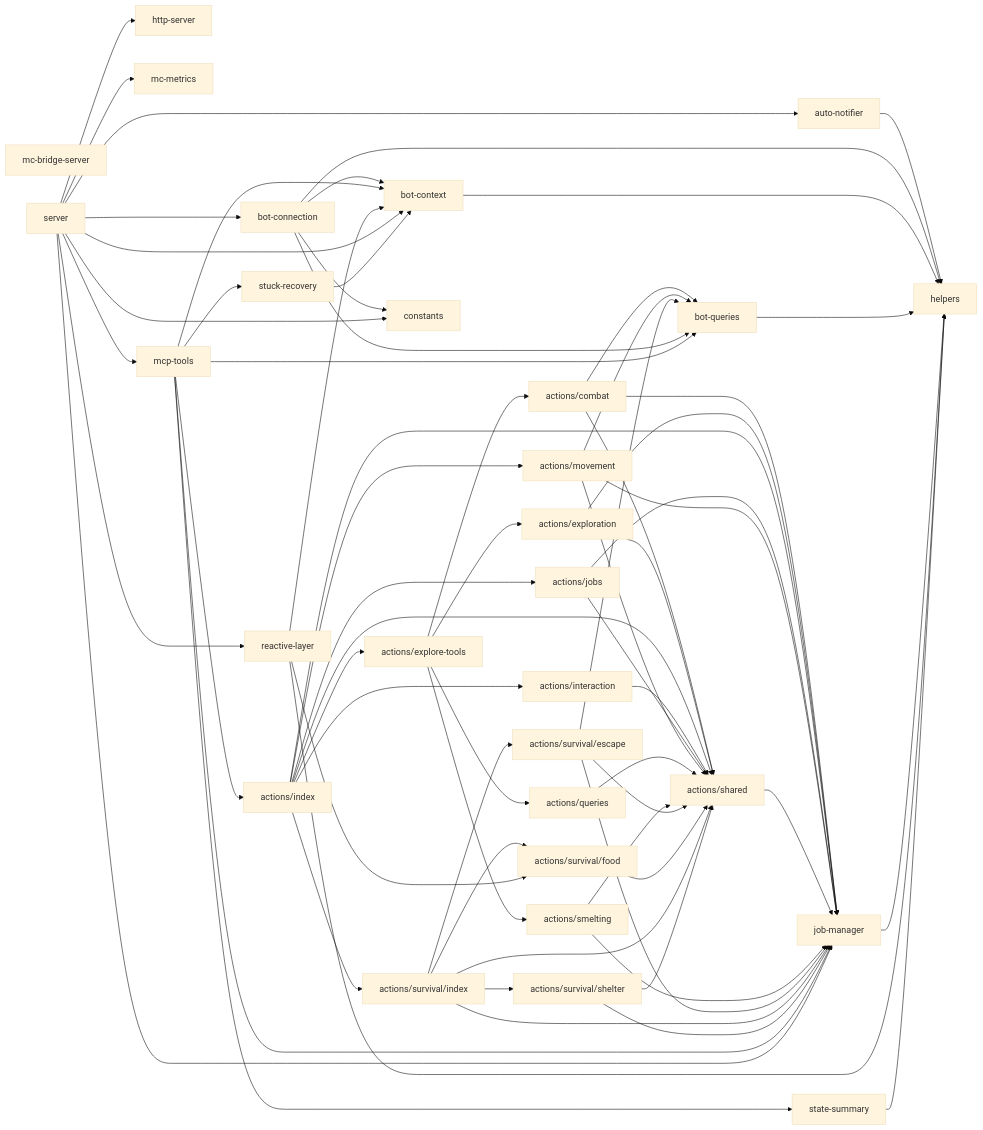
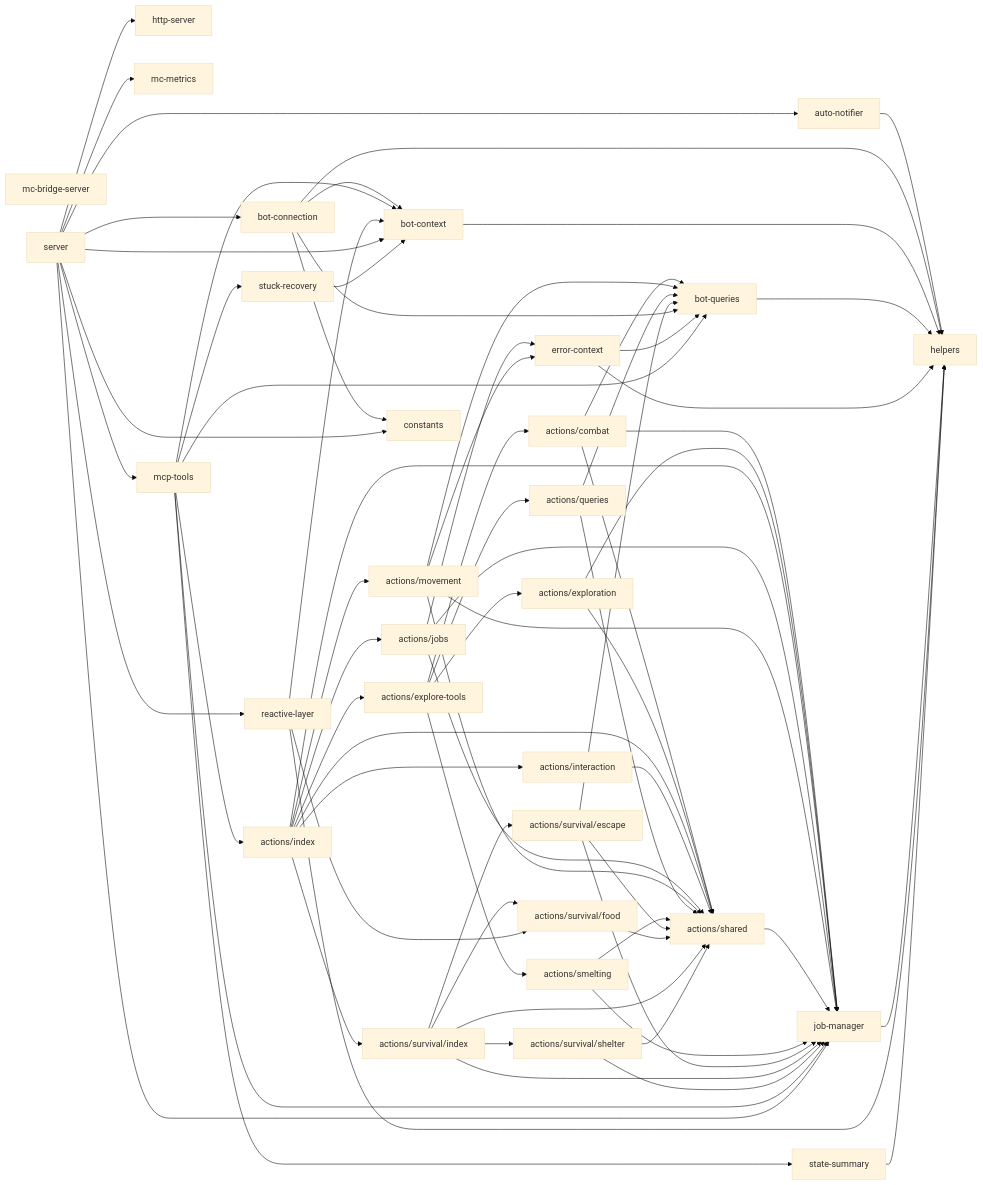
One commit to OJII3/vicissitude changed the diagram in packages/minecraft/DEPS.md. Above: the diagram before and after it, drawn with Mermaid (base theme). The commit also changed other lines of this file and 12 other files, not shown here.

````diff
--- a/packages/minecraft/DEPS.md
+++ b/packages/minecraft/DEPS.md
@@ -7,73 +7,78 @@
 ```mermaid
 graph LR
   actions_combat["actions/combat"] --> actions_shared["actions/shared"]
   actions_combat["actions/combat"] --> bot_queries["bot-queries"]
   actions_combat["actions/combat"] --> job_manager["job-manager"]
   actions_exploration["actions/exploration"] --> actions_shared["actions/shared"]
   actions_exploration["actions/exploration"] --> job_manager["job-manager"]
   actions_explore_tools["actions/explore-tools"] --> actions_combat["actions/combat"]
   actions_explore_tools["actions/explore-tools"] --> actions_exploration["actions/exploration"]
   actions_explore_tools["actions/explore-tools"] --> actions_queries["actions/queries"]
   actions_explore_tools["actions/explore-tools"] --> actions_smelting["actions/smelting"]
   actions_index["actions/index"] --> actions_explore_tools["actions/explore-tools"]
   actions_index["actions/index"] --> actions_interaction["actions/interaction"]
   actions_index["actions/index"] --> actions_jobs["actions/jobs"]
   actions_index["actions/index"] --> actions_movement["actions/movement"]
   actions_index["actions/index"] --> actions_shared["actions/shared"]
   actions_index["actions/index"] --> actions_survival_index["actions/survival/index"]
   actions_index["actions/index"] --> job_manager["job-manager"]
   actions_interaction["actions/interaction"] --> actions_shared["actions/shared"]
   actions_jobs["actions/jobs"] --> actions_shared["actions/shared"]
+  actions_jobs["actions/jobs"] --> error_context["error-context"]
   actions_jobs["actions/jobs"] --> job_manager["job-manager"]
   actions_movement["actions/movement"] --> actions_shared["actions/shared"]
   actions_movement["actions/movement"] --> bot_queries["bot-queries"]
+  actions_movement["actions/movement"] --> error_context["error-context"]
   actions_movement["actions/movement"] --> job_manager["job-manager"]
   actions_queries["actions/queries"] --> actions_shared["actions/shared"]
+  actions_queries["actions/queries"] --> bot_queries["bot-queries"]
   actions_shared["actions/shared"] --> job_manager["job-manager"]
   actions_smelting["actions/smelting"] --> actions_shared["actions/shared"]
   actions_smelting["actions/smelting"] --> job_manager["job-manager"]
   actions_survival_escape["actions/survival/escape"] --> actions_shared["actions/shared"]
   actions_survival_escape["actions/survival/escape"] --> bot_queries["bot-queries"]
   actions_survival_escape["actions/survival/escape"] --> job_manager["job-manager"]
   actions_survival_food["actions/survival/food"] --> actions_shared["actions/shared"]
   actions_survival_index["actions/survival/index"] --> actions_shared["actions/shared"]
   actions_survival_index["actions/survival/index"] --> actions_survival_escape["actions/survival/escape"]
   actions_survival_index["actions/survival/index"] --> actions_survival_food["actions/survival/food"]
   actions_survival_index["actions/survival/index"] --> actions_survival_shelter["actions/survival/shelter"]
   actions_survival_index["actions/survival/index"] --> job_manager["job-manager"]
   actions_survival_shelter["actions/survival/shelter"] --> actions_shared["actions/shared"]
   actions_survival_shelter["actions/survival/shelter"] --> job_manager["job-manager"]
   auto_notifier["auto-notifier"] --> helpers
   bot_connection["bot-connection"] --> bot_context["bot-context"]
   bot_connection["bot-connection"] --> bot_queries["bot-queries"]
   bot_connection["bot-connection"] --> constants
   bot_connection["bot-connection"] --> helpers
   bot_context["bot-context"] --> helpers
   bot_queries["bot-queries"] --> helpers
   constants
+  error_context["error-context"] --> bot_queries["bot-queries"]
+  error_context["error-context"] --> helpers
   helpers
   http_server["http-server"]
   job_manager["job-manager"] --> helpers
   mc_bridge_server["mc-bridge-server"]
   mc_metrics["mc-metrics"]
   mcp_tools["mcp-tools"] --> actions_index["actions/index"]
   mcp_tools["mcp-tools"] --> bot_context["bot-context"]
   mcp_tools["mcp-tools"] --> bot_queries["bot-queries"]
   mcp_tools["mcp-tools"] --> job_manager["job-manager"]
   mcp_tools["mcp-tools"] --> state_summary["state-summary"]
   mcp_tools["mcp-tools"] --> stuck_recovery["stuck-recovery"]
   reactive_layer["reactive-layer"] --> actions_survival_food["actions/survival/food"]
   reactive_layer["reactive-layer"] --> bot_context["bot-context"]
   reactive_layer["reactive-layer"] --> helpers
   server --> auto_notifier["auto-notifier"]
   server --> bot_connection["bot-connection"]
   server --> bot_context["bot-context"]
   server --> constants
   server --> http_server["http-server"]
   server --> job_manager["job-manager"]
   server --> mc_metrics["mc-metrics"]
   server --> mcp_tools["mcp-tools"]
   server --> reactive_layer["reactive-layer"]
   state_summary["state-summary"] --> helpers
   stuck_recovery["stuck-recovery"] --> bot_context["bot-context"]
 ```
````
